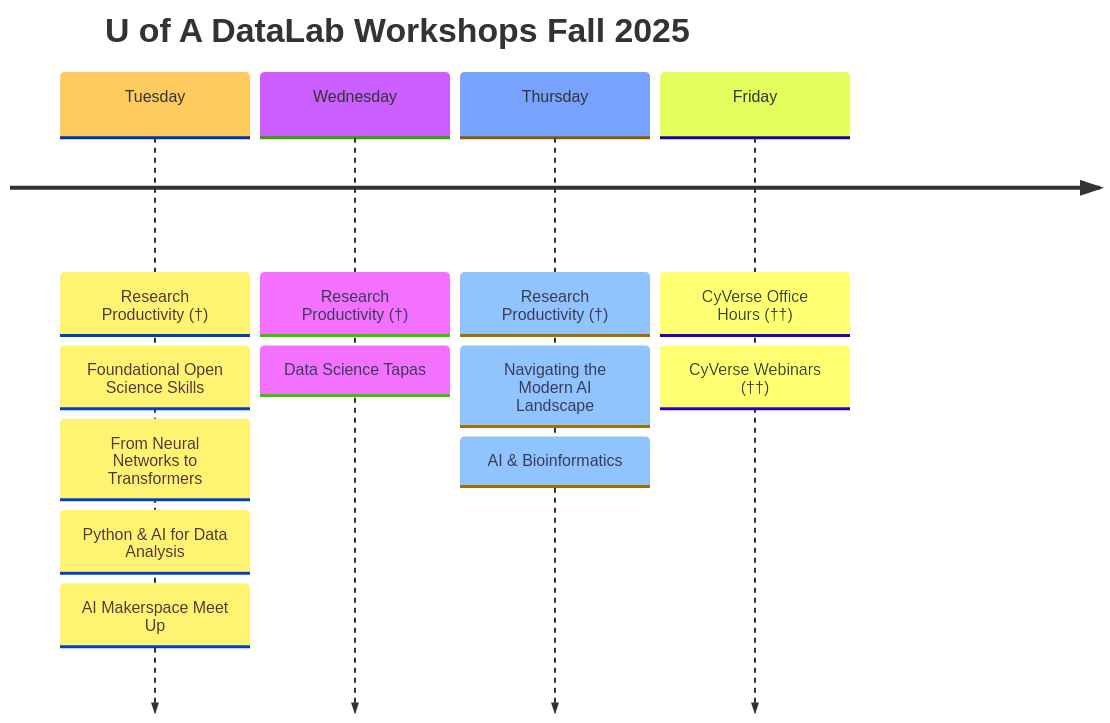
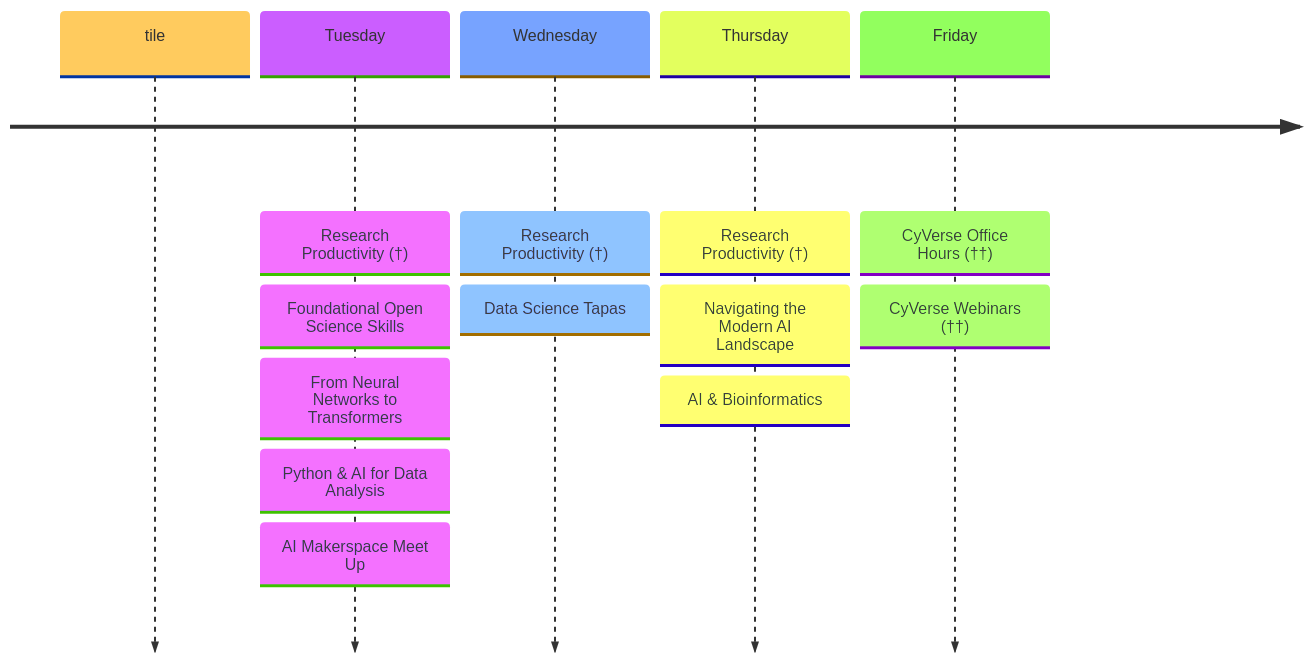
Before and after one commit to ua-datalab/ua-datalab.github.io: the diagram in docs/index.md, drawn with Mermaid. The commit also changed other lines of this file, not shown here.

````diff
--- a/docs/index.md
+++ b/docs/index.md
@@ -29,17 +31,17 @@
 ```mermaid
 %%{init: { 'logLevel': 'debug', 'theme': 'base' } }%%
 timeline
-    title U of A DataLab Workshops Fall 2025
+    tile 
     Tuesday : Research Productivity (†)
             : Foundational Open Science Skills
 	    : From Neural Networks to Transformers
 	    : Python & AI for Data Analysis
 	    : AI Makerspace Meet Up
     Wednesday : Research Productivity (†)
 	    : Data Science Tapas
     Thursday : Research Productivity (†)
     	     : Navigating the Modern AI Landscape
     	     : AI & Bioinformatics 
     Friday : CyVerse Office Hours (††)
     	   : CyVerse Webinars (††)
 ```
````
